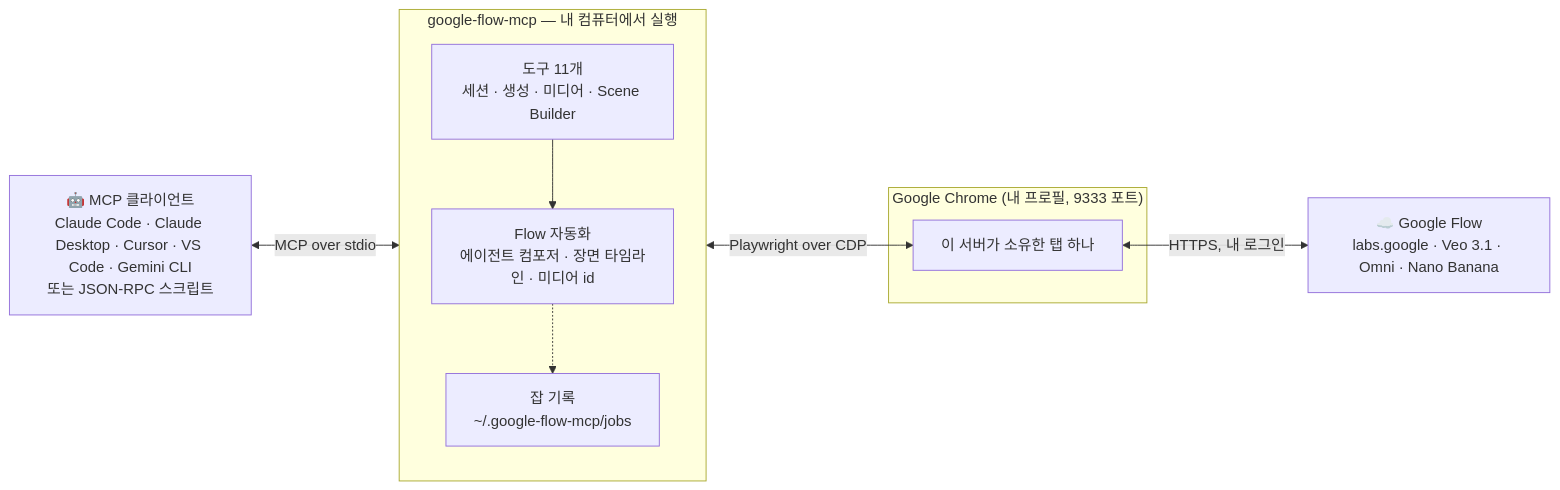
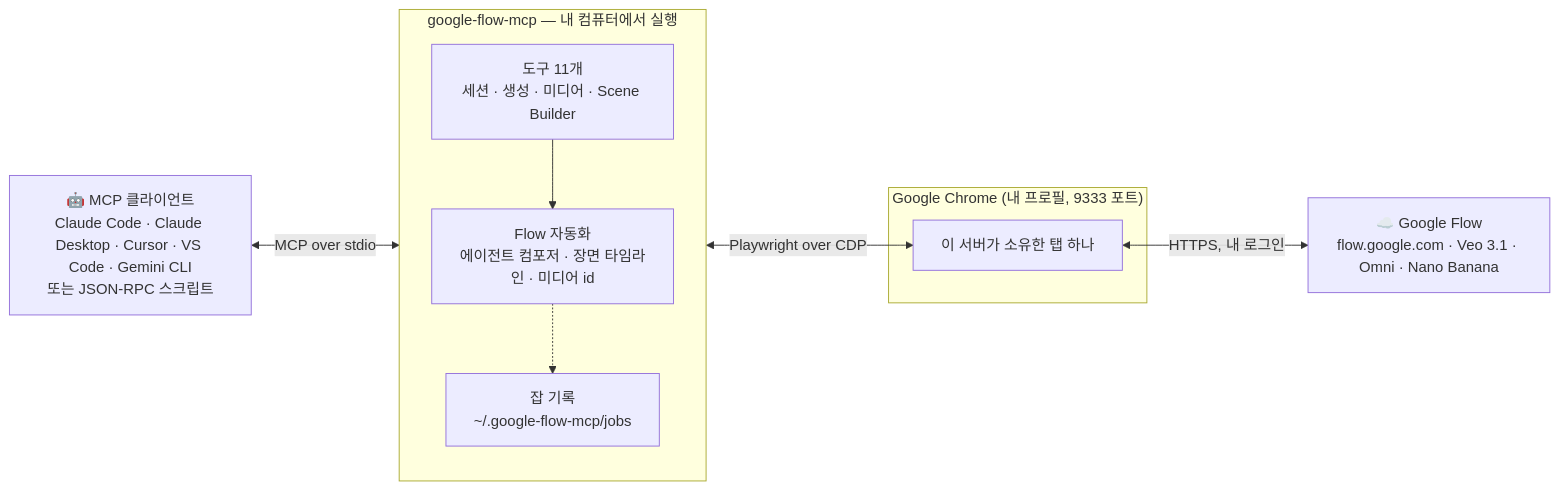
The first of 3 diagrams in README.ko.md (ParkSangGwon/google-flow-mcp), drawn with Mermaid before and after one commit. The commit also changed other lines of this file and 24 other files, not shown here.

First line of the commit message:
fix(media): Flow 2026-09-05 미디어 스킴 변경으로 끊긴 생성물 수신 복구 (#1)

````diff
--- a/README.ko.md
+++ b/README.ko.md
@@ -32,23 +32,23 @@
 ```mermaid
 flowchart LR
     C["🤖 MCP 클라이언트<br/>Claude Code · Claude Desktop · Cursor · VS Code · Gemini CLI<br/>또는 JSON-RPC 스크립트"]
 
     subgraph S["google-flow-mcp — 내 컴퓨터에서 실행"]
         direction TB
         T["도구 11개<br/>세션 · 생성 · 미디어 · Scene Builder"]
         F["Flow 자동화<br/>에이전트 컴포저 · 장면 타임라인 · 미디어 id"]
         J["잡 기록<br/>~/.google-flow-mcp/jobs"]
     end
 
     subgraph B["Google Chrome (내 프로필, 9333 포트)"]
         P["이 서버가 소유한 탭 하나"]
     end
 
-    G["☁️ Google Flow<br/>labs.google · Veo 3.1 · Omni · Nano Banana"]
+    G["☁️ Google Flow<br/>flow.google.com · Veo 3.1 · Omni · Nano Banana"]
 
     C <-->|"MCP over stdio"| T
     T --> F
     F <-->|"Playwright over CDP"| P
     P <-->|"HTTPS, 내 로그인"| G
     F -.-> J
 ```
````
